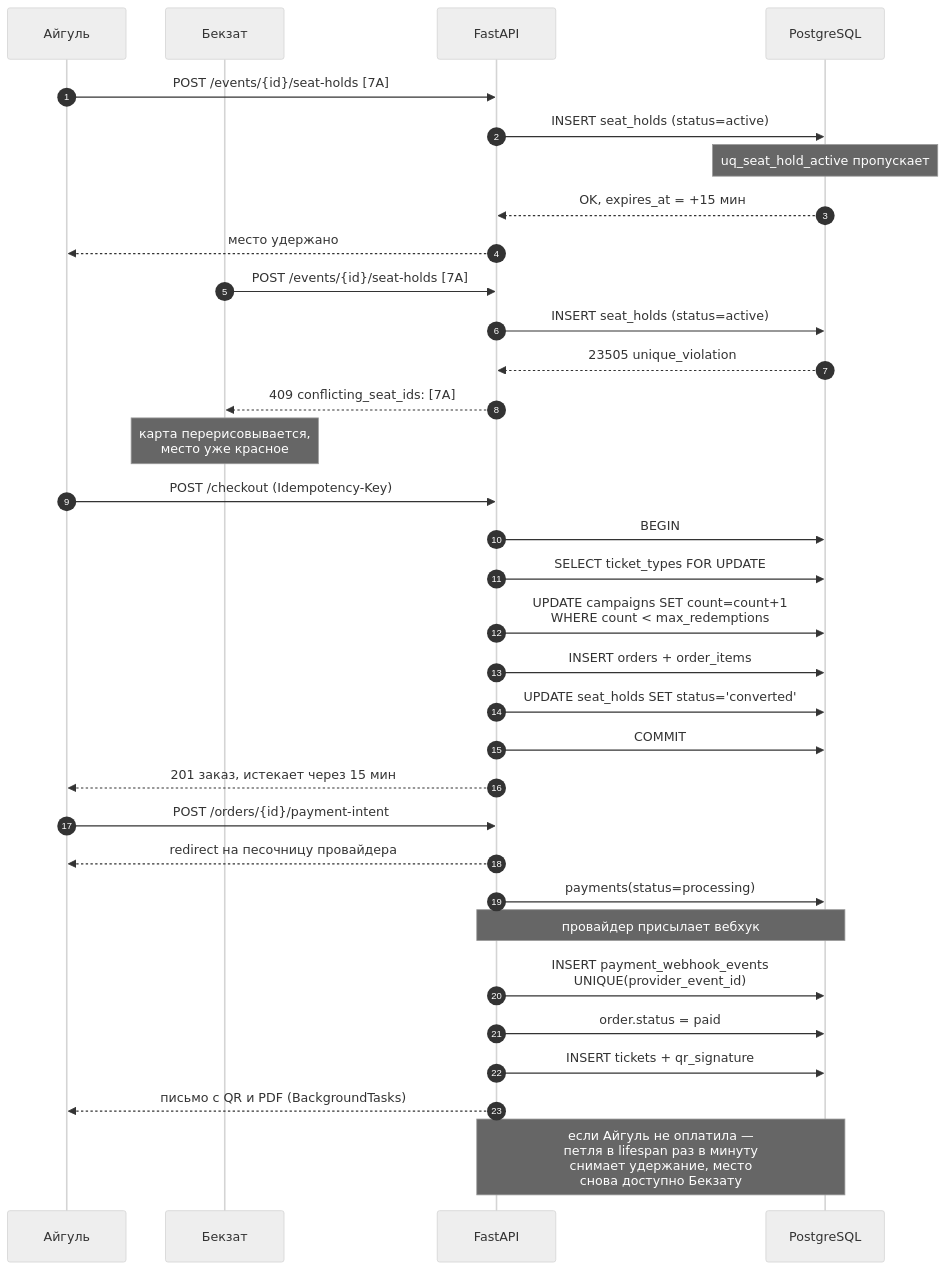
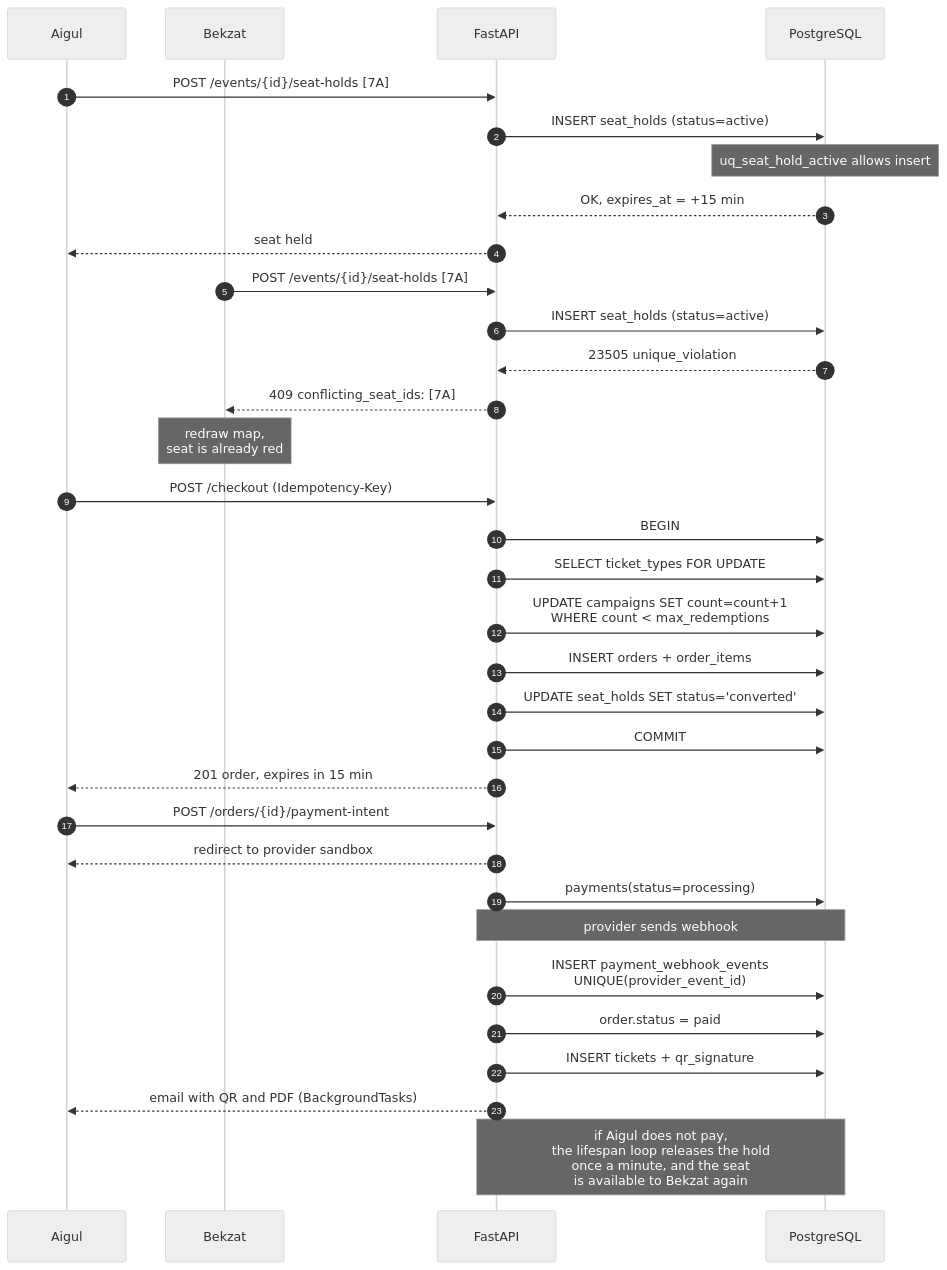
One commit to Figusama/BiletFlow changed the third of 7 diagrams in README.md. Above: the diagram before and after it, drawn with Mermaid (neutral theme). The commit also changed other lines of this file, not shown here.

````diff
--- a/README.md
+++ b/README.md
@@ -292,41 +291,41 @@
 ```mermaid
 sequenceDiagram
   autonumber
-  participant A as Айгуль
-  participant B as Бекзат
+  participant A as Aigul
+  participant B as Bekzat
   participant API as FastAPI
   participant DB as PostgreSQL
 
   A->>API: POST /events/{id}/seat-holds [7A]
   API->>DB: INSERT seat_holds (status=active)
-  Note over DB: uq_seat_hold_active пропускает
-  DB-->>API: OK, expires_at = +15 мин
-  API-->>A: место удержано
+  Note over DB: uq_seat_hold_active allows insert
+  DB-->>API: OK, expires_at = +15 min
+  API-->>A: seat held
 
   B->>API: POST /events/{id}/seat-holds [7A]
   API->>DB: INSERT seat_holds (status=active)
   DB-->>API: 23505 unique_violation
   API-->>B: 409 conflicting_seat_ids: [7A]
-  Note over B: карта перерисовывается,<br/>место уже красное
+  Note over B: redraw map,<br/>seat is already red
 
   A->>API: POST /checkout (Idempotency-Key)
   API->>DB: BEGIN
   API->>DB: SELECT ticket_types FOR UPDATE
   API->>DB: UPDATE campaigns SET count=count+1<br/>WHERE count < max_redemptions
   API->>DB: INSERT orders + order_items
   API->>DB: UPDATE seat_holds SET status='converted'
   API->>DB: COMMIT
-  API-->>A: 201 заказ, истекает через 15 мин
+  API-->>A: 201 order, expires in 15 min
 
   A->>API: POST /orders/{id}/payment-intent
-  API-->>A: redirect на песочницу провайдера
+  API-->>A: redirect to provider sandbox
   API->>DB: payments(status=processing)
 
-  Note over API,DB: провайдер присылает вебхук
+  Note over API,DB: provider sends webhook
   API->>DB: INSERT payment_webhook_events<br/>UNIQUE(provider_event_id)
   API->>DB: order.status = paid
   API->>DB: INSERT tickets + qr_signature
-  API-->>A: письмо с QR и PDF (BackgroundTasks)
+  API-->>A: email with QR and PDF (BackgroundTasks)
 
-  Note over API,DB: если Айгуль не оплатила —<br/>петля в lifespan раз в минуту<br/>снимает удержание, место<br/>снова доступно Бекзату
+  Note over API,DB: if Aigul does not pay,<br/>the lifespan loop releases the hold<br/>once a minute, and the seat<br/>is available to Bekzat again
 ```
````
